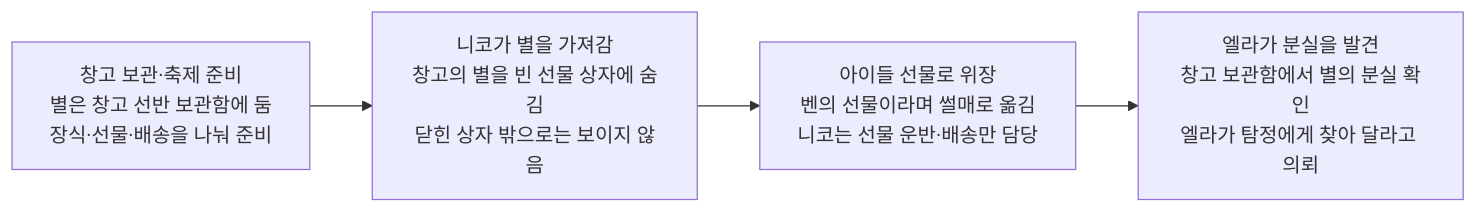
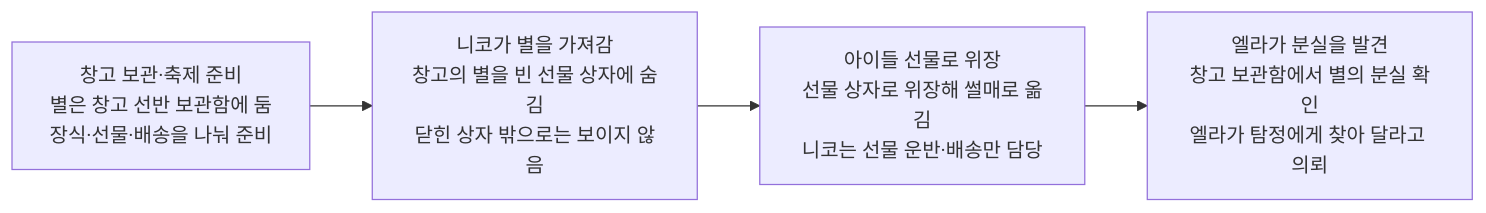
Before and after one commit to wonny95/detective-v2: the first of 2 diagrams in design/case-10-christmas-star.md, drawn with Mermaid. The commit also changed other lines of this file and 6 other files, not shown here.

````diff
--- a/design/case-10-christmas-star.md
+++ b/design/case-10-christmas-star.md
@@ -32,10 +32,10 @@
 ```mermaid
 flowchart LR
     t1["창고 보관·축제 준비<br/>별은 창고 선반 보관함에 둠<br/>장식·선물·배송을 나눠 준비"]
     t2["니코가 별을 가져감<br/>창고의 별을 빈 선물 상자에 숨김<br/>닫힌 상자 밖으로는 보이지 않음"]
-    t3["아이들 선물로 위장<br/>벤의 선물이라며 썰매로 옮김<br/>니코는 선물 운반·배송만 담당"]
+    t3["아이들 선물로 위장<br/>선물 상자로 위장해 썰매로 옮김<br/>니코는 선물 운반·배송만 담당"]
     t4["엘라가 분실을 발견<br/>창고 보관함에서 별의 분실 확인<br/>엘라가 탐정에게 찾아 달라고 의뢰"]
     t1 --> t2
     t2 --> t3
     t3 --> t4
 ```
````
